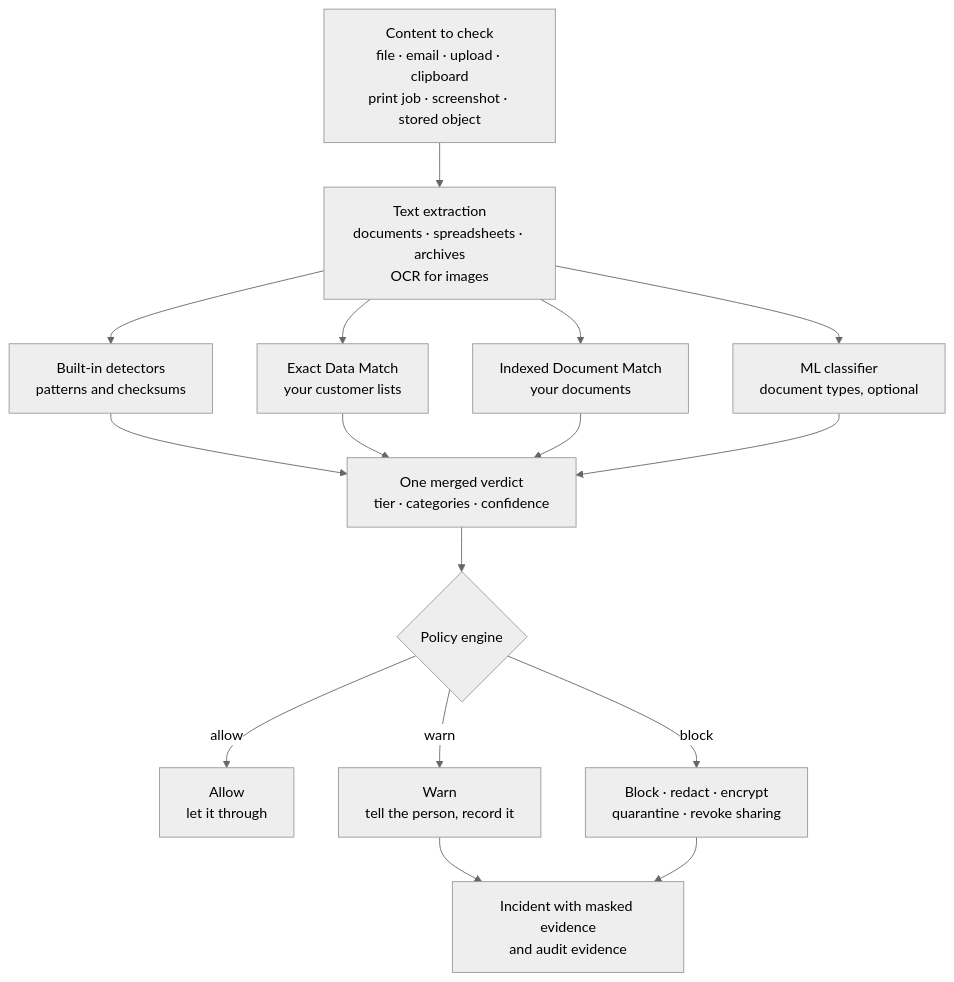
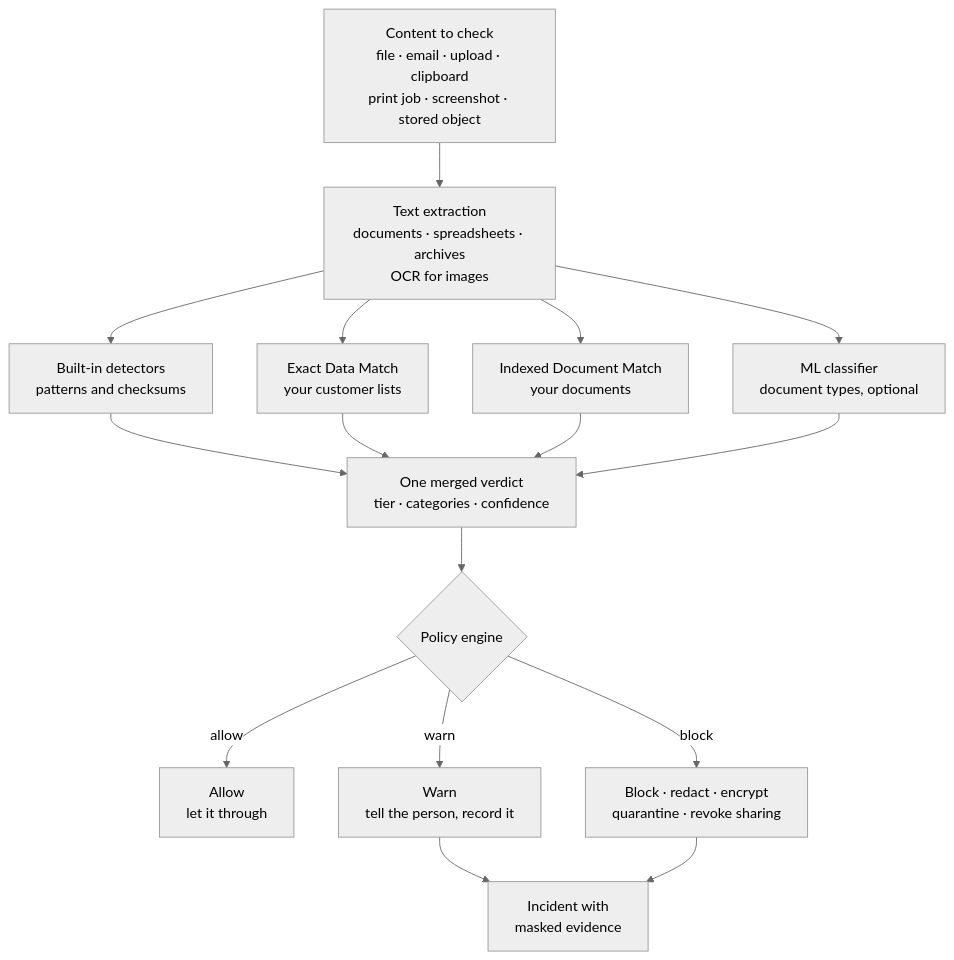
One commit to nikit-cyberultron/ZeroShield-DLP-Public changed the second of 8 diagrams in README.md. Above: the diagram before and after it, drawn with Mermaid (neutral theme). The commit also changed other lines of this file, not shown here.

````diff
--- a/README.md
+++ b/README.md
@@ -120,25 +119,25 @@
 ```mermaid
 flowchart TB
     Input["Content to check<br/>file · email · upload · clipboard<br/>print job · screenshot · stored object"]
     Extract["Text extraction<br/>documents · spreadsheets · archives<br/>OCR for images"]
     Builtin["Built-in detectors<br/>patterns and checksums"]
     EDM["Exact Data Match<br/>your customer lists"]
     IDM["Indexed Document Match<br/>your documents"]
     ML["ML classifier<br/>document types, optional"]
     Merge["One merged verdict<br/>tier · categories · confidence"]
     Policy{"Policy engine"}
     Allow["Allow<br/>let it through"]
     Warn["Warn<br/>tell the person, record it"]
     Enforce["Block · redact · encrypt<br/>quarantine · revoke sharing"]
-    Incident["Incident with masked evidence<br/>and audit evidence"]
+    Incident["Incident with<br/>masked evidence"]
 
     Input --> Extract
     Extract --> Builtin & EDM & IDM & ML
     Builtin & EDM & IDM & ML --> Merge
     Merge --> Policy
     Policy -->|"allow"| Allow
     Policy -->|"warn"| Warn
     Policy -->|"block"| Enforce
     Warn --> Incident
     Enforce --> Incident
 ```
````
